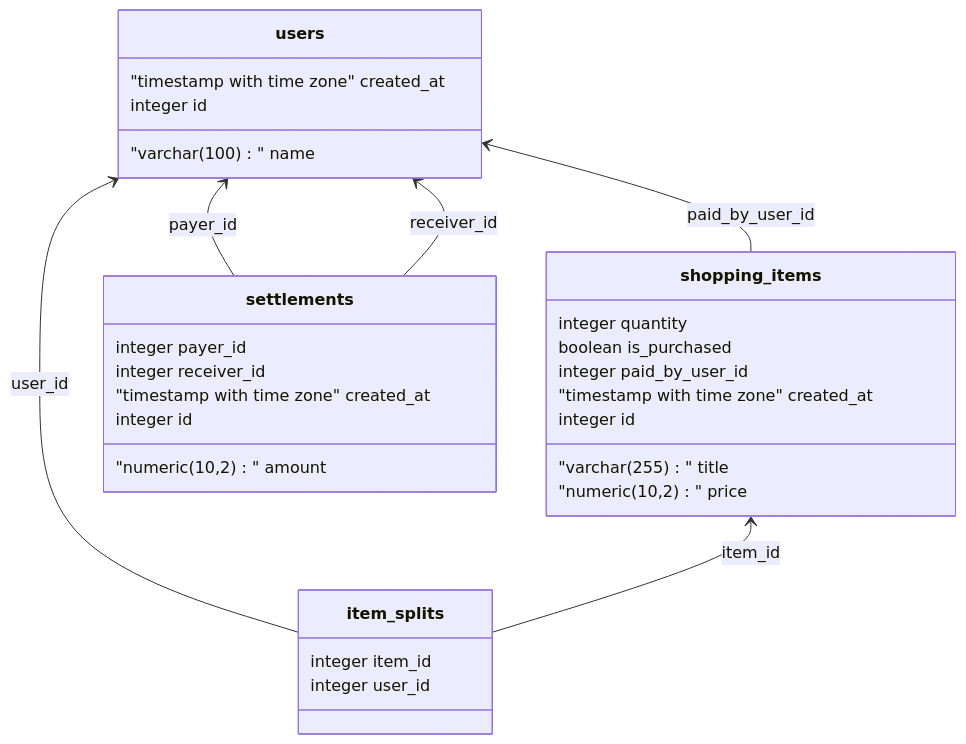
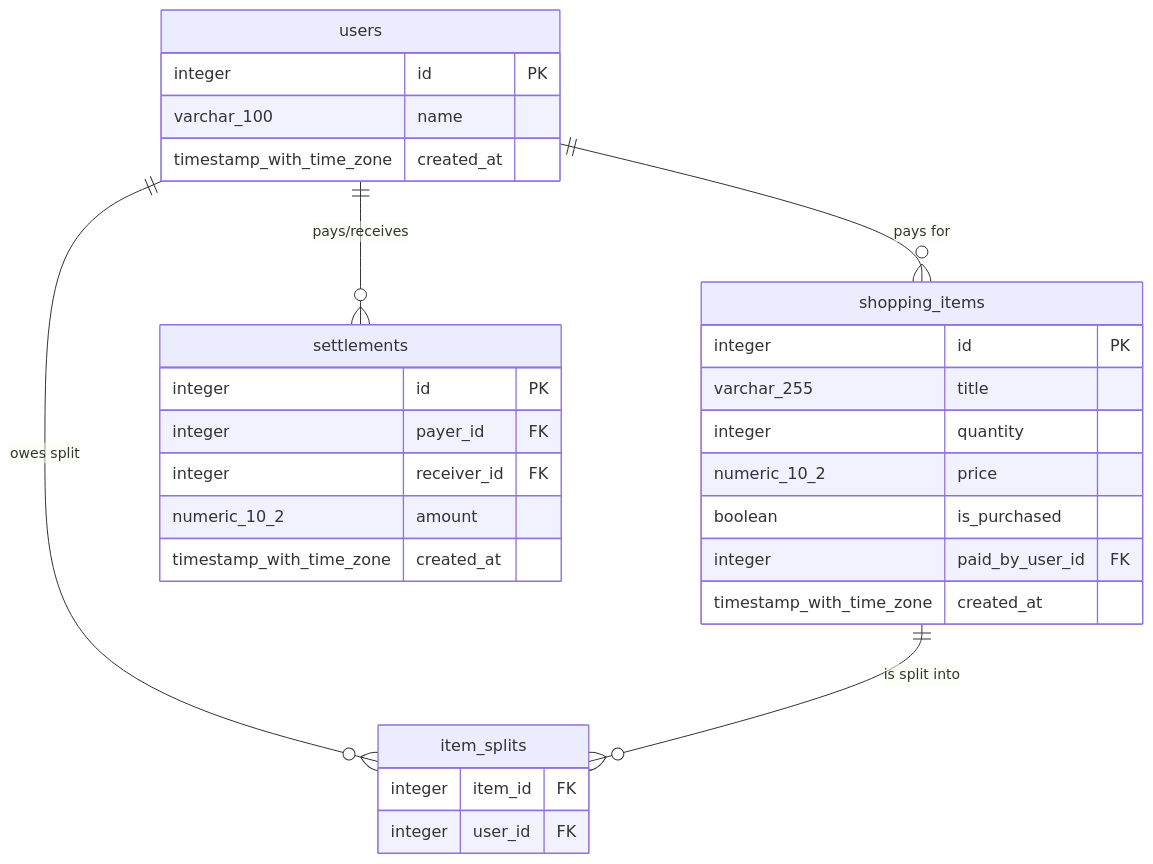
Before and after one commit to NicoSatragni/ProgramacionWeb: the second of 2 diagrams in db/schema/DIAGRAMA.md, drawn with Mermaid.

````diff
--- a/db/schema/DIAGRAMA.md
+++ b/db/schema/DIAGRAMA.md
@@ -32,38 +32,40 @@
 ```mermaid
+erDiagram
+    users {
+        integer id PK
+        varchar_100 name
+        timestamp_with_time_zone created_at
+    }
 
-classDiagram
-direction BT
-class item_splits {
-   integer item_id
-   integer user_id
-}
-class settlements {
-   integer payer_id
-   integer receiver_id
-   "numeric(10,2)" amount
-   "timestamp with time zone" created_at
-   integer id
-}
-class shopping_items {
-   "varchar(255)" title
-   integer quantity
-   "numeric(10,2)" price
-   boolean is_purchased
-   integer paid_by_user_id
-   "timestamp with time zone" created_at
-   integer id
-}
-class users {
-   "varchar(100)" name
-   "timestamp with time zone" created_at
-   integer id
-}
+    shopping_items {
+        integer id PK
+        varchar_255 title
+        integer quantity
+        numeric_10_2 price
+        boolean is_purchased
+        integer paid_by_user_id FK
+        timestamp_with_time_zone created_at
+    }
 
-item_splits --> shopping_items : item_id
-item_splits --> users : user_id
-settlements --> users : payer_id
-settlements --> users : receiver_id
-shopping_items --> users : paid_by_user_id
+    item_splits {
+        integer item_id FK
+        integer user_id FK
+    }
+
+    settlements {
+        integer id PK
+        integer payer_id FK
+        integer receiver_id FK
+        numeric_10_2 amount
+        timestamp_with_time_zone created_at
+    }
+
+    %% Relationships
+    users ||--o{ shopping_items : "pays for"
+    users ||--o{ item_splits : "owes split"
+    users ||--o{ settlements : "pays/receives"
+    shopping_items ||--o{ item_splits : "is split into"
+
 
 
 ```
````
